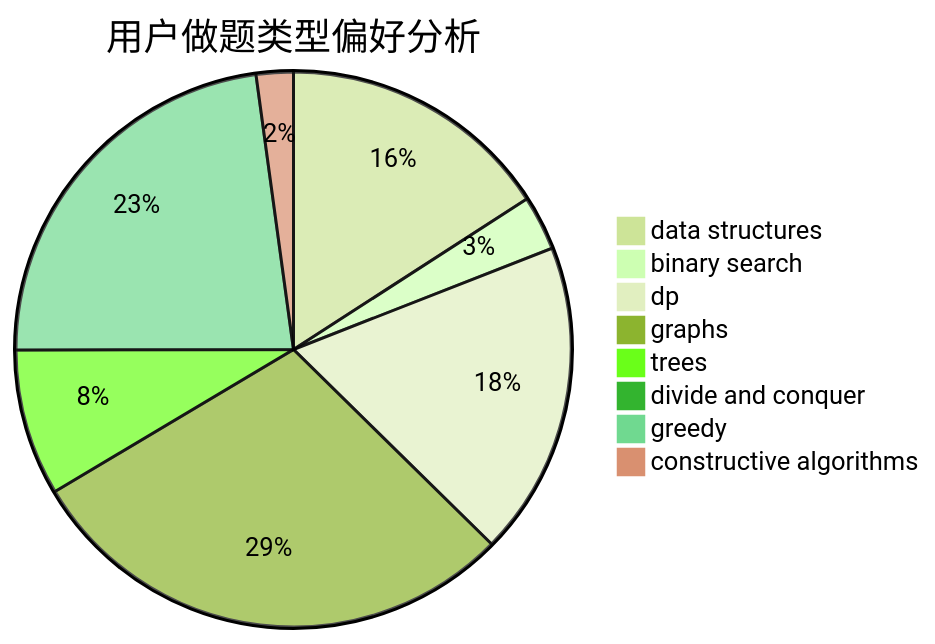
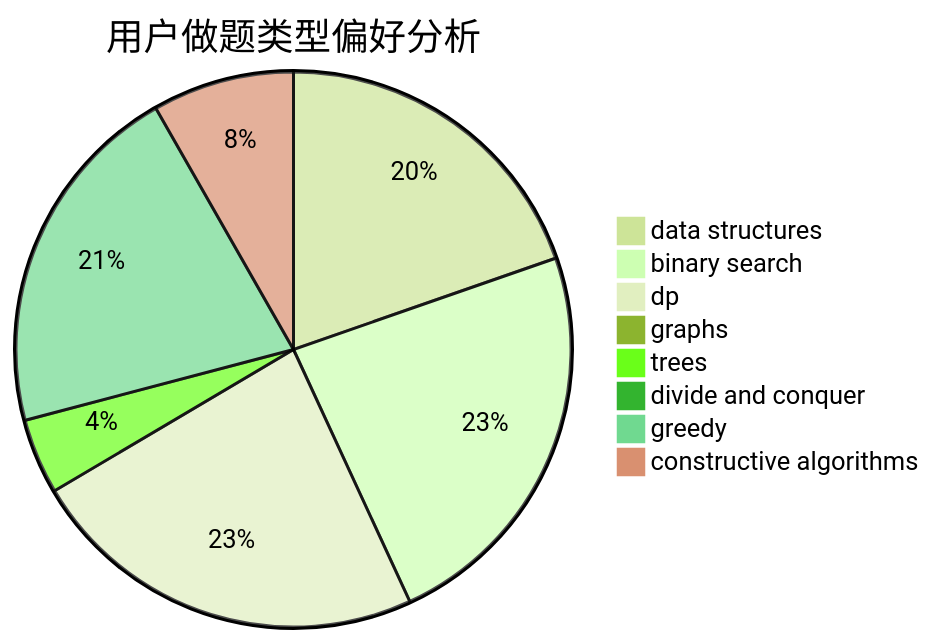
Before and after one commit to sherpahu/cfrs.github.io: the second of 3 diagrams in docs/user/u675.md, drawn with Mermaid (forest theme). The commit also changed other lines of this file and 2770 other files, not shown here.

````diff
--- a/docs/user/u675.md
+++ b/docs/user/u675.md
@@ -23,11 +23,11 @@
 ```mermaid
 pie title 用户做题类型偏好分析
-    "data structures" :  125
-    "binary search" :  25
-    "dp" :  144
-    "graphs" :  229
-    "trees" :  67
-    "divide and conquer" :  4
-    "greedy" :  180
-    "constructive algorithms" :  17
+    "data structures" :  546
+    "binary search" :  651
+    "dp" :  649
+    "graphs" :  2
+    "trees" :  122
+    "divide and conquer" :  9
+    "greedy" :  579
+    "constructive algorithms" :  229
 ```
````
